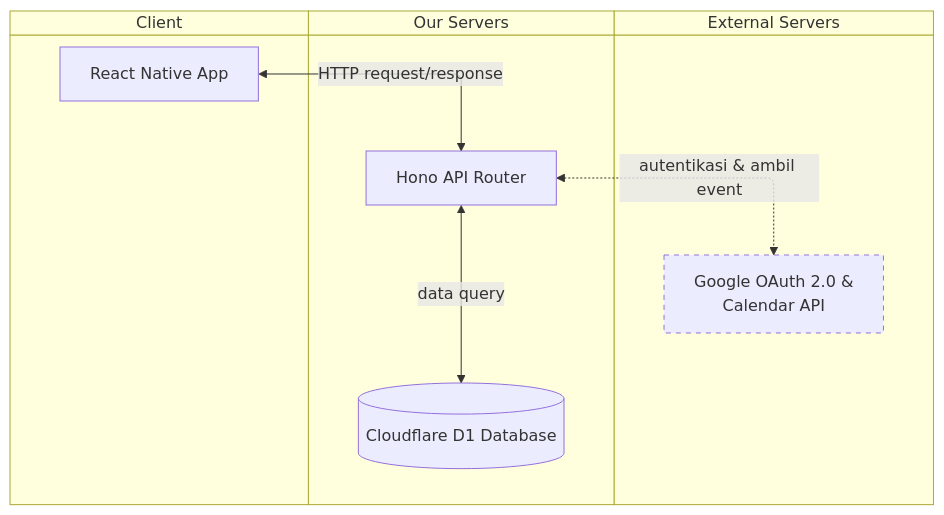
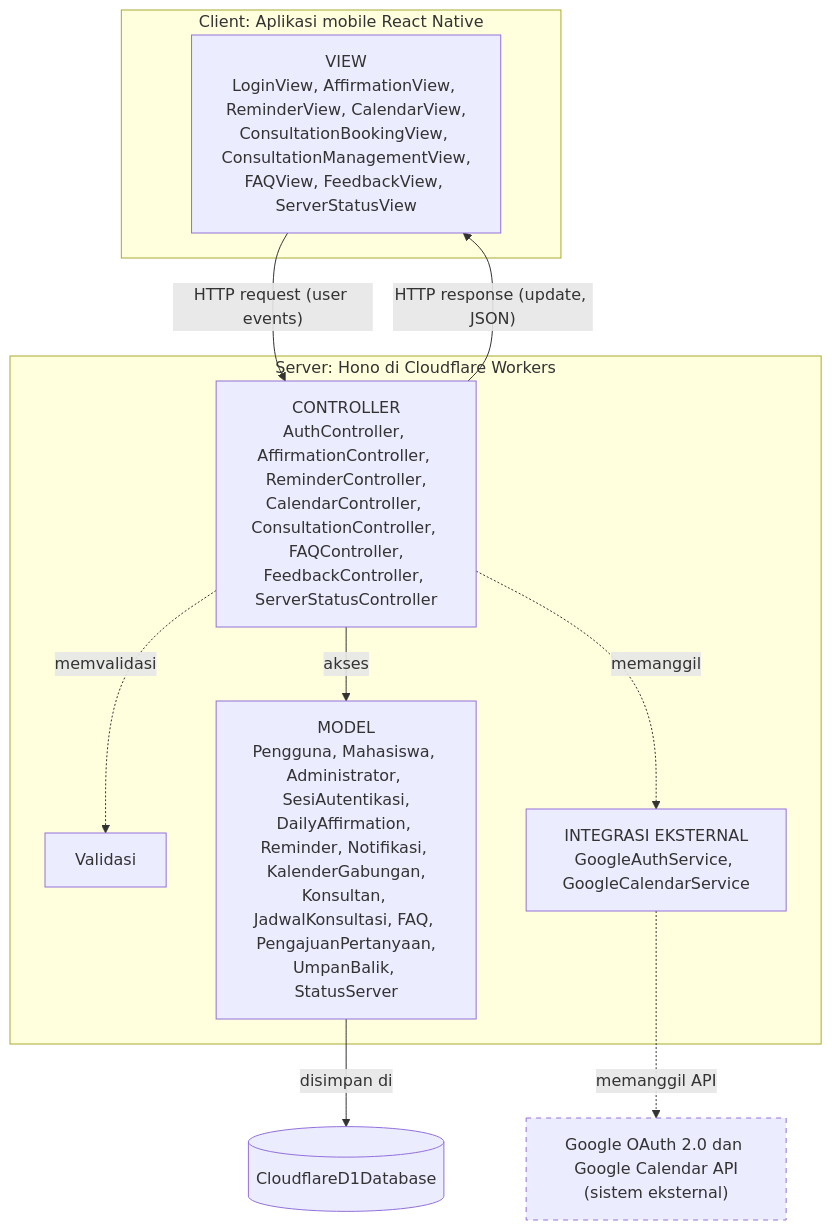
One commit to sbxte/IF2150-RPL-K01-G04 changed the first of 2 diagrams in docs/M6/K01_G04_APL.md. Above: the diagram before and after it, drawn with Mermaid. The commit also changed other lines of this file, not shown here.

Commit message:
[M6] docs: added client server mvc arch integration

````diff
--- a/docs/M6/K01_G04_APL.md
+++ b/docs/M6/K01_G04_APL.md
@@ -49,21 +71,26 @@
 ```mermaid
-swimlane-beta TB
-    subgraph Client["Client"]
-        RN["React Native App"]
+flowchart TB
+    subgraph CLIENT["Client: Aplikasi mobile React Native"]
+        VIEW["VIEW<br/>LoginView, AffirmationView, ReminderView, CalendarView,<br/>ConsultationBookingView, ConsultationManagementView,<br/>FAQView, FeedbackView, ServerStatusView"]
     end
 
-    subgraph OurServer["Our Servers"]
-        Hono["Hono API Router"]
-        DB[("Cloudflare D1 Database")]
+    subgraph SERVER["Server: Hono di Cloudflare Workers"]
+        CTRL["CONTROLLER<br/>AuthController, AffirmationController, ReminderController,<br/>CalendarController, ConsultationController, FAQController,<br/>FeedbackController, ServerStatusController"]
+        VAL["Validasi"]
+        MODEL["MODEL<br/>Pengguna, Mahasiswa, Administrator, SesiAutentikasi,<br/>DailyAffirmation, Reminder, Notifikasi, KalenderGabungan,<br/>Konsultan, JadwalKonsultasi, FAQ, PengajuanPertanyaan,<br/>UmpanBalik, StatusServer"]
+        INT["INTEGRASI EKSTERNAL<br/>GoogleAuthService, GoogleCalendarService"]
     end
 
-	subgraph ExtServer["External Servers"]
-		Google["Google OAuth 2.0 &<br/>Calendar API"]
-	end
+    DB[("CloudflareD1Database")]
+    GOOGLE["Google OAuth 2.0 dan Google Calendar API<br/>(sistem eksternal)"]
 
-    RN <-->|"HTTP request/response"| Hono
-    Hono <-->|"data query"| DB
-    Hono <-.->|"autentikasi & ambil event"| Google
+    VIEW -->|"HTTP request (user events)"| CTRL
+    CTRL -->|"HTTP response (update, JSON)"| VIEW
+    CTRL -.->|"memvalidasi"| VAL
+    CTRL -->|"akses"| MODEL
+    CTRL -.->|"memanggil"| INT
+    MODEL -->|"disimpan di"| DB
+    INT -.->|"memanggil API"| GOOGLE
 
-    style Google stroke-dasharray: 5 5
+    style GOOGLE stroke-dasharray: 5 5
 ```
````
